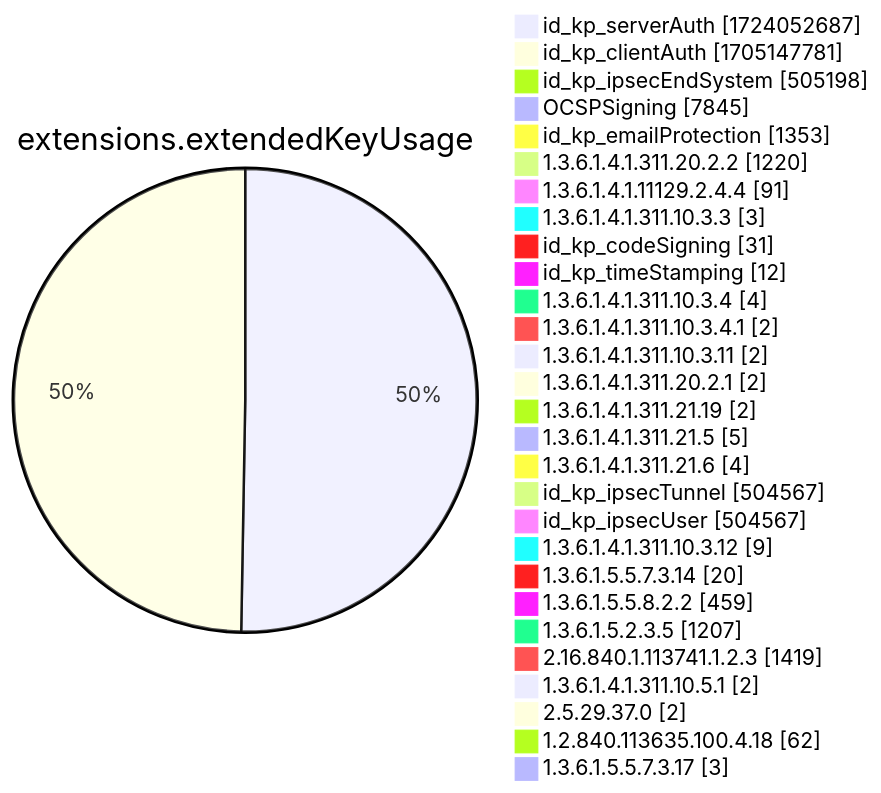
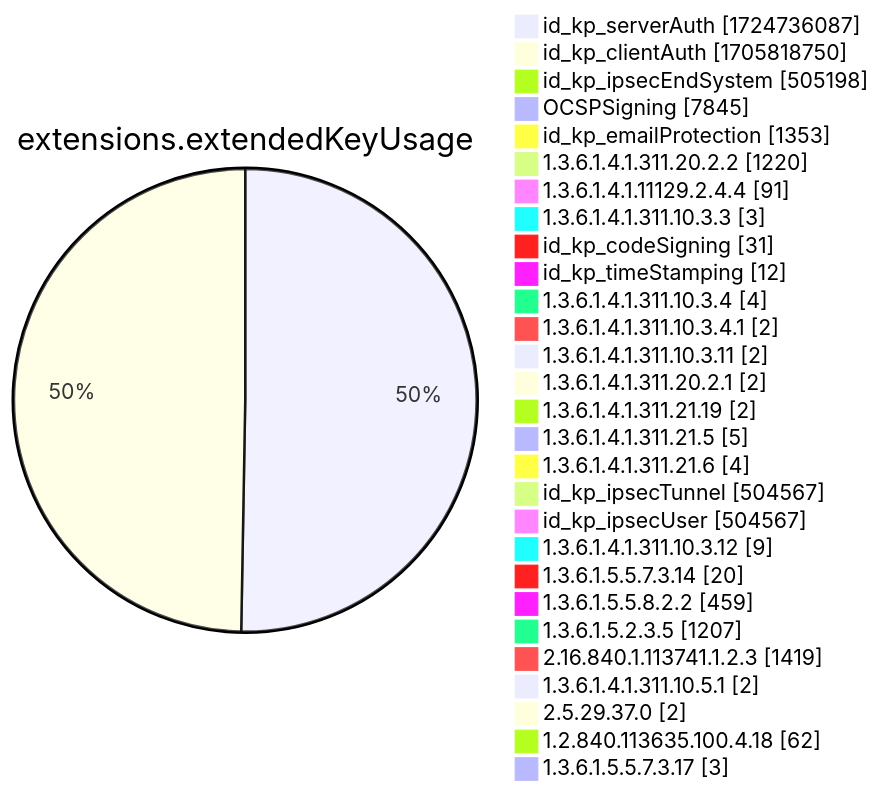
Before and after one commit to christiankrug/ctmonitor_visualization: diagram 12 of 15 in xenon2022/README.md, drawn with Mermaid. The commit also changed other lines of this file, not shown here.

````diff
--- a/xenon2022/README.md
+++ b/xenon2022/README.md
@@ -3889,32 +3889,32 @@
 ```mermaid
 pie showData
 title extensions.extendedKeyUsage
-"id_kp_serverAuth" :1724052687
-"id_kp_clientAuth" :1705147781
+"id_kp_serverAuth" :1724736087
+"id_kp_clientAuth" :1705818750
 "id_kp_ipsecEndSystem" :505198
 "OCSPSigning" :7845
 "id_kp_emailProtection" :1353
 "1.3.6.1.4.1.311.20.2.2" :1220
 "1.3.6.1.4.1.11129.2.4.4" :91
 "1.3.6.1.4.1.311.10.3.3" :3
 "id_kp_codeSigning" :31
 "id_kp_timeStamping" :12
 "1.3.6.1.4.1.311.10.3.4" :4
 "1.3.6.1.4.1.311.10.3.4.1" :2
 "1.3.6.1.4.1.311.10.3.11" :2
 "1.3.6.1.4.1.311.20.2.1" :2
 "1.3.6.1.4.1.311.21.19" :2
 "1.3.6.1.4.1.311.21.5" :5
 "1.3.6.1.4.1.311.21.6" :4
 "id_kp_ipsecTunnel" :504567
 "id_kp_ipsecUser" :504567
 "1.3.6.1.4.1.311.10.3.12" :9
 "1.3.6.1.5.5.7.3.14" :20
 "1.3.6.1.5.5.8.2.2" :459
 "1.3.6.1.5.2.3.5" :1207
 "2.16.840.1.113741.1.2.3" :1419
 "1.3.6.1.4.1.311.10.5.1" :2
 "2.5.29.37.0" :2
 "1.2.840.113635.100.4.18" :62
 "1.3.6.1.5.5.7.3.17" :3
 ```
````
